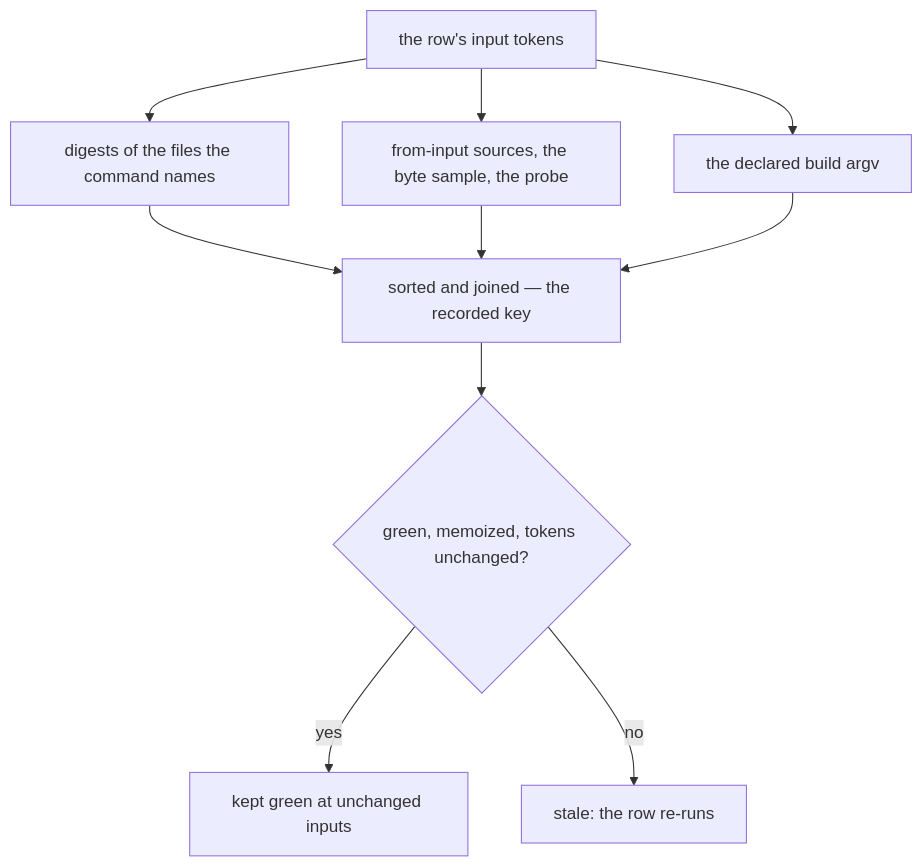
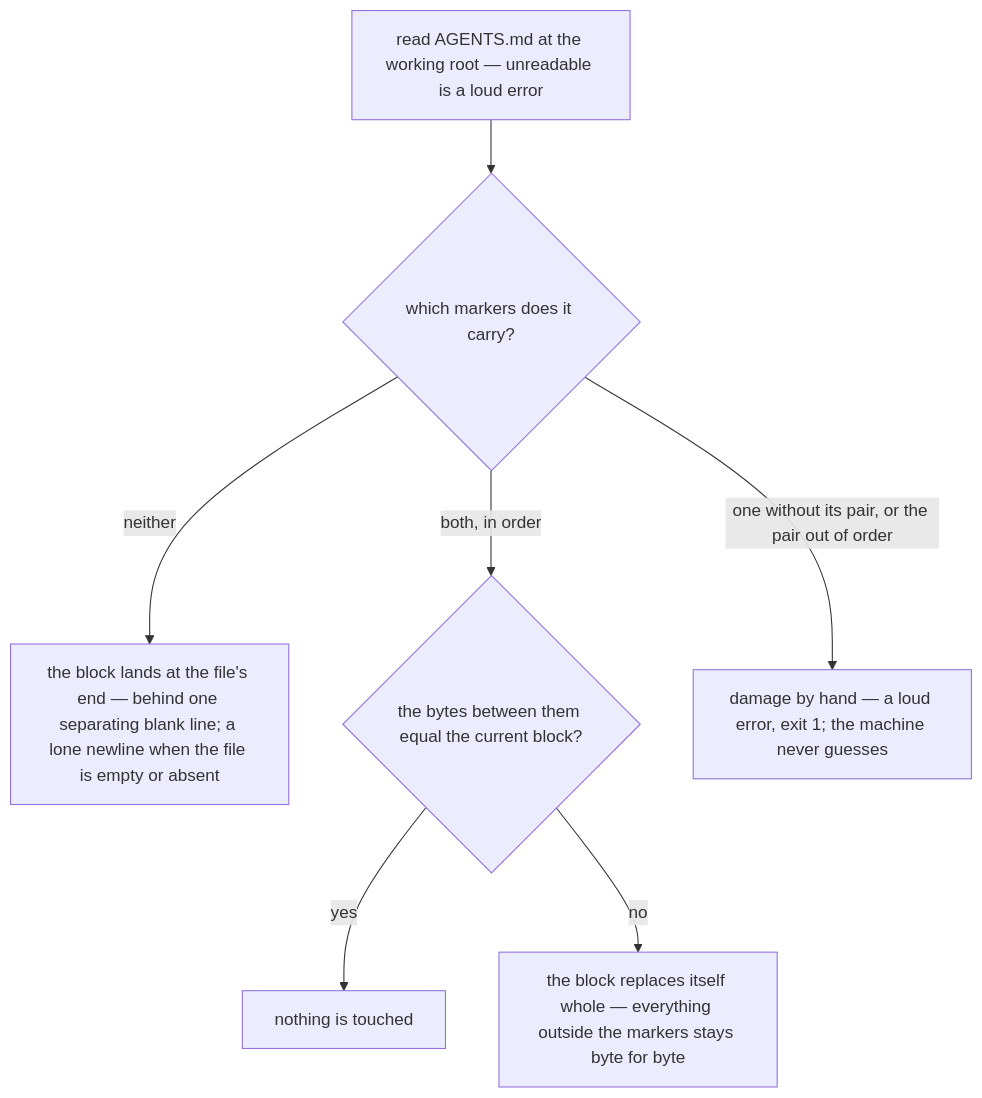
Before and after one commit to neurophant/punchtape: the ninth of 10 diagrams in docs/ARCHITECTURE.md, drawn with Mermaid. The commit also changed other lines of this file and 822 other files, not shown here.

````diff
--- a/docs/ARCHITECTURE.md
+++ b/docs/ARCHITECTURE.md
@@ -876,12 +560,9 @@
 ```mermaid
 flowchart TD
-    A["the row's input tokens"] --> B["digests of the files the command names"]
-    A --> C["from-input sources, the byte sample, the probe"]
-    A --> D["the declared build argv"]
-    B --> E["sorted and joined — the recorded key"]
-    C --> E
-    D --> E
-    E --> F{"green, memoized, tokens unchanged?"}
-    F -->|"yes"| G["kept green at unchanged inputs"]
-    F -->|"no"| H["stale: the row re-runs"]
+    R["read AGENTS.md at the working root — unreadable is a loud error"] --> M{"which markers does it carry?"}
+    M -- "neither" --> APP["the block lands at the file's end — behind one separating blank line; a lone newline when the file is empty or absent"]
+    M -- "both, in order" --> EQ{"the bytes between them equal the current block?"}
+    EQ -- "yes" --> NOP["nothing is touched"]
+    EQ -- "no" --> REP["the block replaces itself whole — everything outside the markers stays byte for byte"]
+    M -- "one without its pair, or the pair out of order" --> ERR["damage by hand — a loud error, exit 1; the machine never guesses"]
 ```
````
